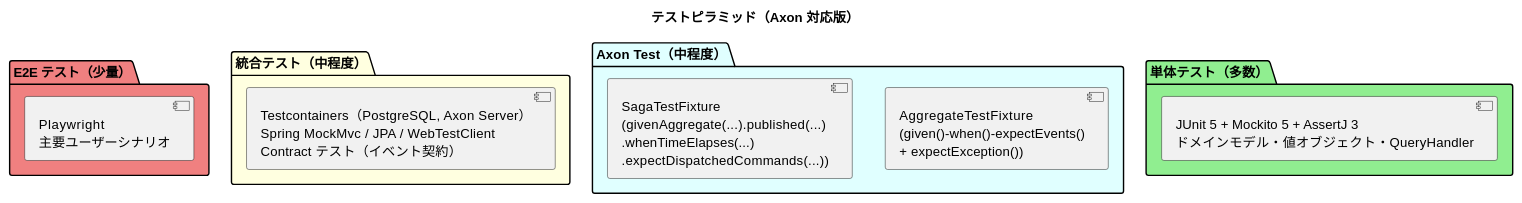
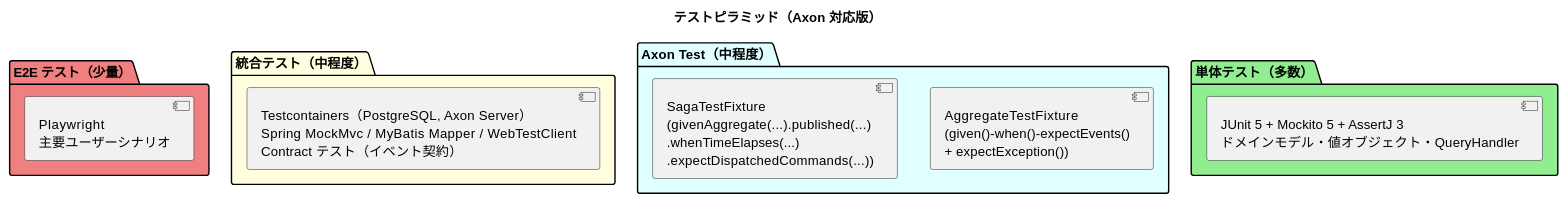
The eighth of 8 diagrams in docs/design/architecture_backend.md (k2works/case-study-cargo-tracker), drawn with PlantUML before and after one commit. The commit also changed other lines of this file and 6 other files, not shown here.

First line of the commit message:
refactor(design): データアクセスを JPA から MyBatis に変更

````diff
--- a/docs/design/architecture_backend.md
+++ b/docs/design/architecture_backend.md
@@ -1111,23 +1164,23 @@
 ```plantuml
 @startuml
 title テストピラミッド（Axon 対応版）
 
 package "E2E テスト（少量）" #LightCoral {
   [Playwright\n主要ユーザーシナリオ] as e2e
 }
 
 package "統合テスト（中程度）" #LightYellow {
-  [Testcontainers（PostgreSQL, Axon Server）\nSpring MockMvc / JPA / WebTestClient\nContract テスト（イベント契約）] as integration
+  [Testcontainers（PostgreSQL, Axon Server）\nSpring MockMvc / MyBatis Mapper / WebTestClient\nContract テスト（イベント契約）] as integration
 }
 
 package "Axon Test（中程度）" #LightCyan {
   [AggregateTestFixture\n(given()-when()-expectEvents()\n+ expectException())] as axon
   [SagaTestFixture\n(givenAggregate(...).published(...)\n.whenTimeElapses(...)\n.expectDispatchedCommands(...))] as saga
 }
 
 package "単体テスト（多数）" #LightGreen {
   [JUnit 5 + Mockito 5 + AssertJ 3\nドメインモデル・値オブジェクト・QueryHandler] as unit
 }
 
 @enduml
 ```
````
